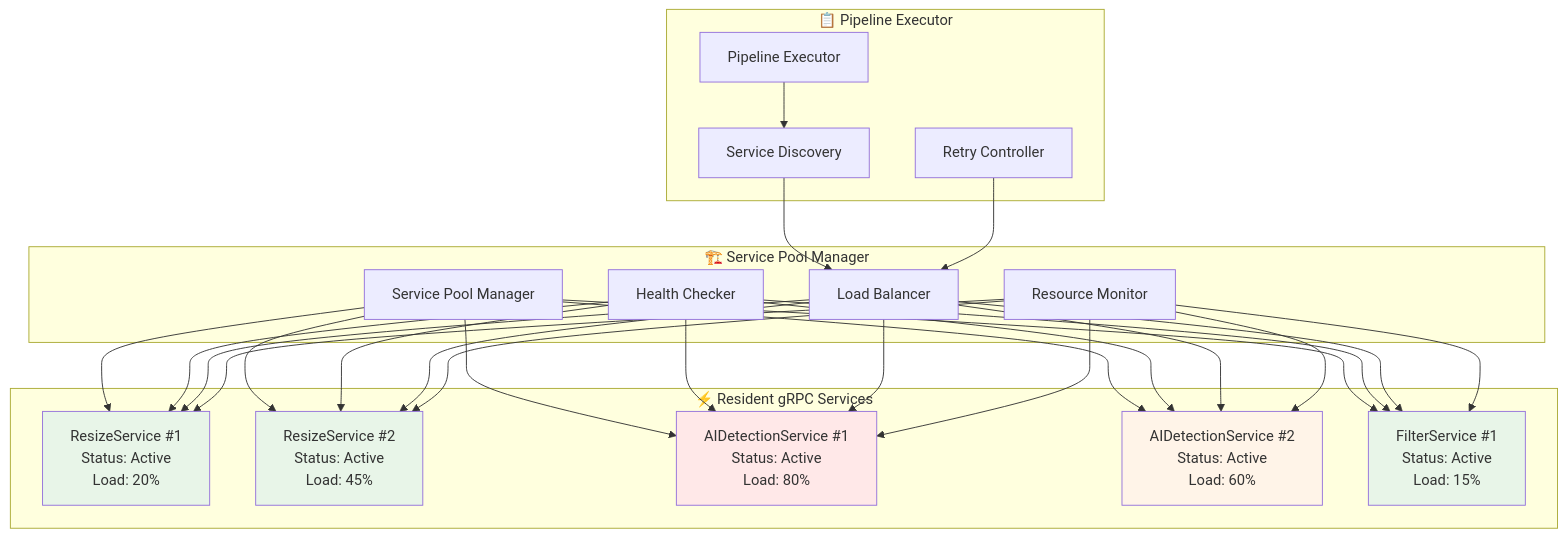
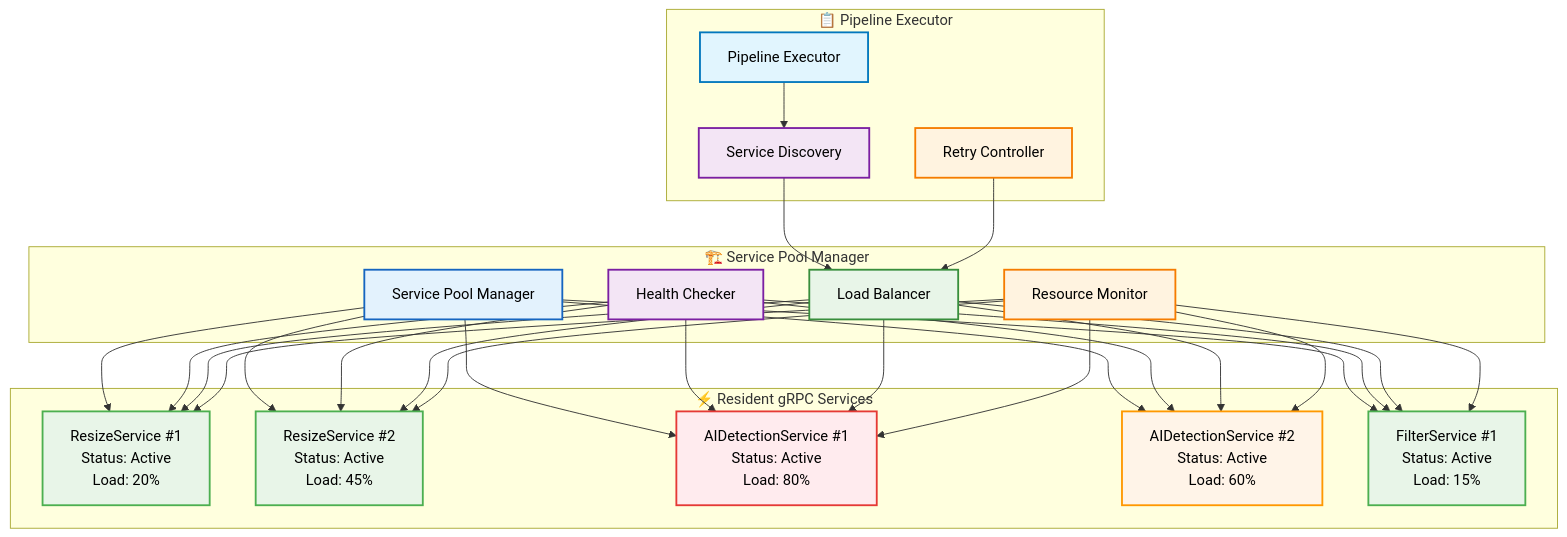
The fifth of 5 diagrams in docs/0300_設計_アプローチ1/0304_API設計.md (daichiTAAA/ImageFlowCanvas), drawn with Mermaid before and after one commit. The commit also changed other lines of this file and 1 other file, not shown here.

````diff
--- a/docs/0300_設計_アプローチ1/0304_API設計.md
+++ b/docs/0300_設計_アプローチ1/0304_API設計.md
@@ -1282,38 +1291,45 @@
 ```mermaid
 graph TB
     subgraph "🏗️ Service Pool Manager"
         SPM[Service Pool Manager]
         HC[Health Checker]
         LB[Load Balancer]
         RM[Resource Monitor]
     end
     
     subgraph "⚡ Resident gRPC Services"
         RS1[ResizeService #1<br/>Status: Active<br/>Load: 20%]
         RS2[ResizeService #2<br/>Status: Active<br/>Load: 45%]
         AI1[AIDetectionService #1<br/>Status: Active<br/>Load: 80%]
         AI2[AIDetectionService #2<br/>Status: Active<br/>Load: 60%]
         FS1[FilterService #1<br/>Status: Active<br/>Load: 15%]
     end
     
     subgraph "📋 Pipeline Executor"
         PE[Pipeline Executor]
         SD[Service Discovery]
         RC[Retry Controller]
     end
     
     SPM --> RS1 & RS2 & AI1 & AI2 & FS1
     HC --> RS1 & RS2 & AI1 & AI2 & FS1
     LB --> RS1 & RS2 & AI1 & AI2 & FS1
     RM --> RS1 & RS2 & AI1 & AI2 & FS1
     
     PE --> SD
     SD --> LB
     RC --> LB
     
-    style RS1 fill:#e8f5e8
-    style RS2 fill:#e8f5e8  
-    style AI1 fill:#ffe8e8
-    style AI2 fill:#fff4e8
-    style FS1 fill:#e8f5e8
+    style SPM fill:#e3f2fd,stroke:#1565c0,stroke-width:2px,color:#000
+    style HC fill:#f3e5f5,stroke:#7b1fa2,stroke-width:2px,color:#000
+    style LB fill:#e8f5e8,stroke:#388e3c,stroke-width:2px,color:#000
+    style RM fill:#fff3e0,stroke:#f57c00,stroke-width:2px,color:#000
+    style RS1 fill:#e8f5e8,stroke:#4caf50,stroke-width:2px,color:#000
+    style RS2 fill:#e8f5e8,stroke:#4caf50,stroke-width:2px,color:#000
+    style AI1 fill:#ffebee,stroke:#e53935,stroke-width:2px,color:#000
+    style AI2 fill:#fff4e8,stroke:#ff9800,stroke-width:2px,color:#000
+    style FS1 fill:#e8f5e8,stroke:#4caf50,stroke-width:2px,color:#000
+    style PE fill:#e1f5fe,stroke:#0277bd,stroke-width:2px,color:#000
+    style SD fill:#f3e5f5,stroke:#7b1fa2,stroke-width:2px,color:#000
+    style RC fill:#fff3e0,stroke:#f57c00,stroke-width:2px,color:#000
 ```
````
